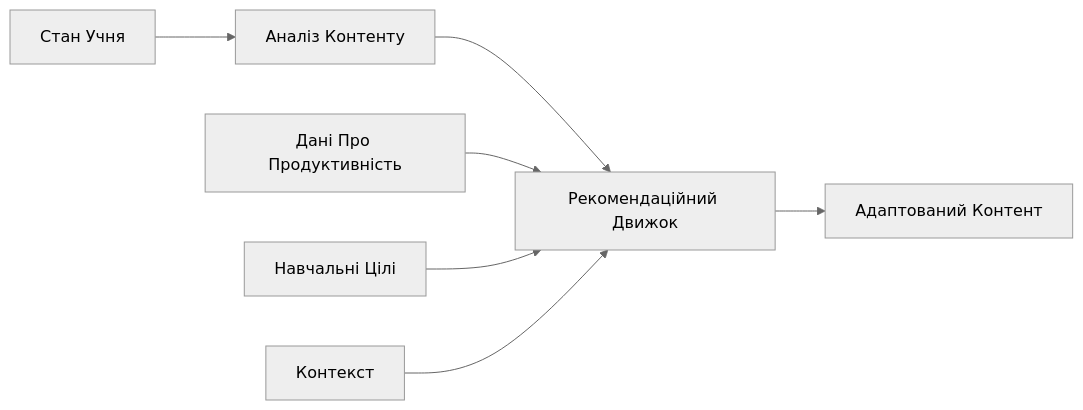
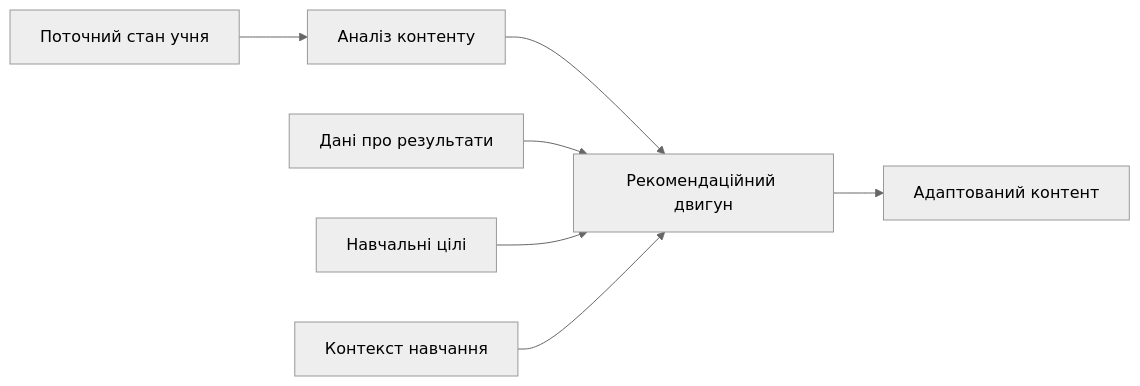
Before and after one commit to ivmarch/geniverse-docs: the diagram in i18n/uk/docusaurus-plugin-content-docs/current/ai-layer.md, drawn with Mermaid (neutral theme). The commit also changed other lines of this file and 3 other files, not shown here.

Commit message:
Completely rewrite AI layer section with detailed descriptions and architecture

````diff
--- a/i18n/uk/docusaurus-plugin-content-docs/current/ai-layer.md
+++ b/i18n/uk/docusaurus-plugin-content-docs/current/ai-layer.md
@@ -49,11 +57,10 @@
 ```mermaid
 graph LR
-    A[Стан Учня] --> B[Аналіз Контенту]
-    B --> C[Рекомендаційний Движок]
-    C --> D[Адаптований Контент]
-    
-    E[Дані Про Продуктивність] --> C
-    F[Навчальні Цілі] --> C
-    G[Контекст] --> C
-    
+    A[Поточний стан учня] --> B[Аналіз контенту]
+    B --> C[Рекомендаційний двигун]
+    C --> D[Адаптований контент]
+
+    E[Дані про результати] --> C
+    F[Навчальні цілі] --> C
+    G[Контекст навчання] --> C
 ```
````
